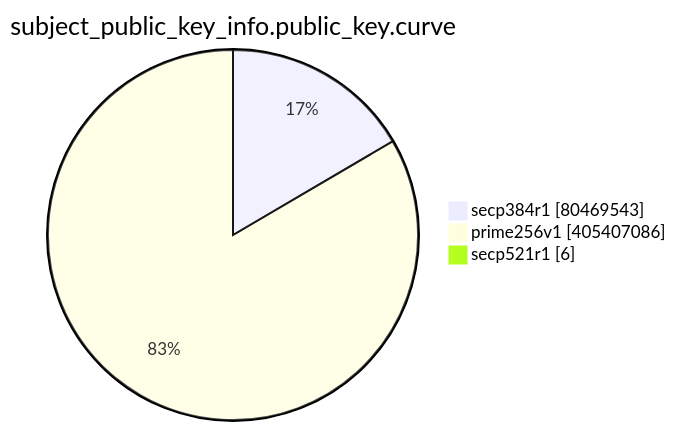
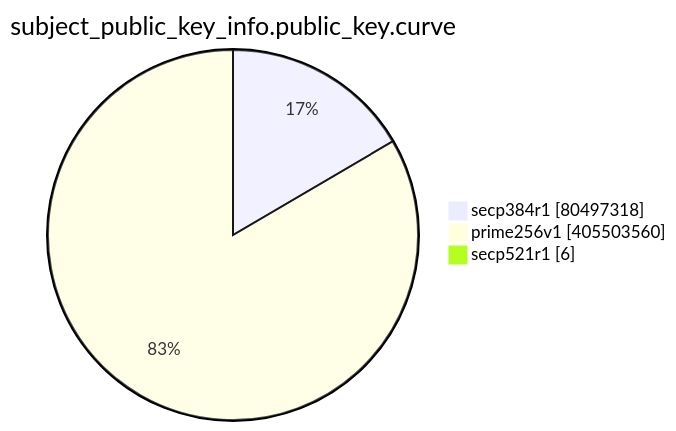
Before and after one commit to christiankrug/ctmonitor_visualization: the eighth of 15 diagrams in TOTAL/README.md, drawn with Mermaid. The commit also changed other lines of this file, not shown here.

````diff
--- a/TOTAL/README.md
+++ b/TOTAL/README.md
@@ -3095,7 +3095,7 @@
 ```mermaid
 pie showData
 title subject_public_key_info.public_key.curve
-"secp384r1" :80469543
-"prime256v1" :405407086
+"secp384r1" :80497318
+"prime256v1" :405503560
 "secp521r1" :6
 ```
````
